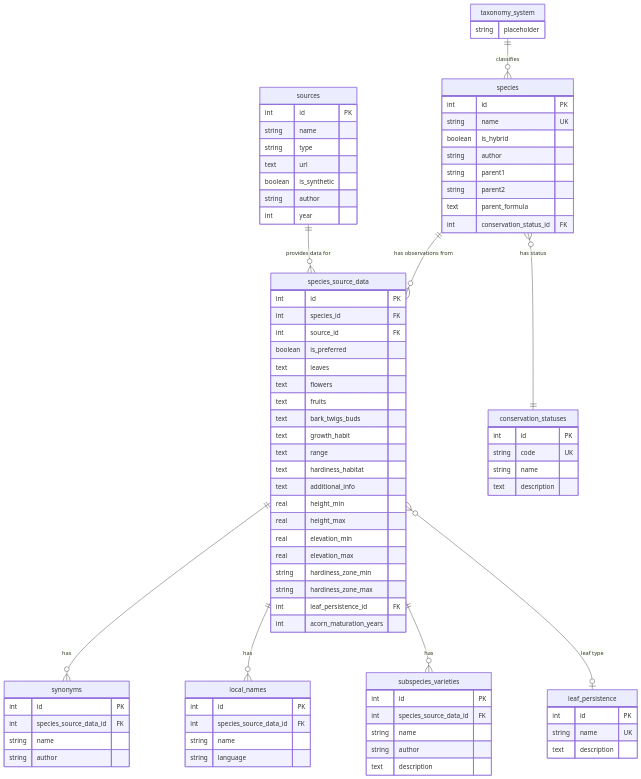
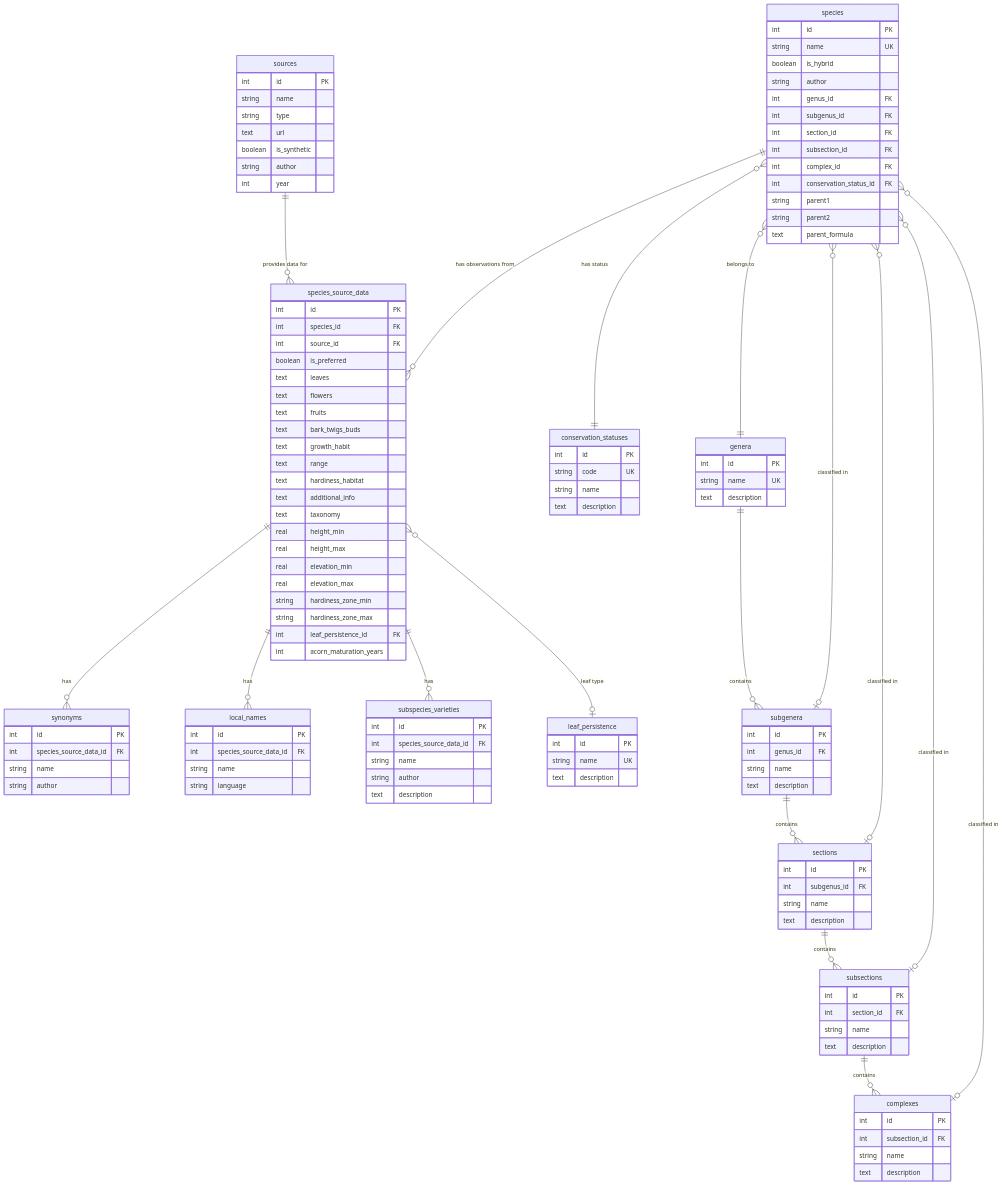
Before and after one commit to jeffdc/oaks: the diagram in schema.md, drawn with Mermaid. The commit also changed other lines of this file and 2 other files, not shown here.

Commit message:
Define taxonomy hierarchy structure
- Add taxonomy tables: genera, subgenera, sections, subsections, complexes
- Implement hierarchical structure: Genus > Subgenus > Section > Subsection > Complex
- Add taxonomy foreign keys to species table (genus required, others optional)
- Add taxonomy text field to species_source_data for source-reported taxonomy
- Update schema.md with complete Mermaid diagram showing taxonomy relationships
- Document dual taxonomy approach (curated classification + source attribution)
- Add seed data for Quercus genus

Closes oaks-o9i

````diff
--- a/schema.md
+++ b/schema.md
@@ -22,17 +22,31 @@
     species }o--|| conservation_statuses : "has status"
     species_source_data }o--o| leaf_persistence : "leaf type"
 
-    taxonomy_system ||--o{ species : "classifies"
+    genera ||--o{ subgenera : "contains"
+    subgenera ||--o{ sections : "contains"
+    sections ||--o{ subsections : "contains"
+    subsections ||--o{ complexes : "contains"
+
+    species }o--|| genera : "belongs to"
+    species }o--o| subgenera : "classified in"
+    species }o--o| sections : "classified in"
+    species }o--o| subsections : "classified in"
+    species }o--o| complexes : "classified in"
 
     species {
         int id PK
         string name UK
         boolean is_hybrid
         string author
+        int genus_id FK
+        int subgenus_id FK
+        int section_id FK
+        int subsection_id FK
+        int complex_id FK
+        int conservation_status_id FK
         string parent1
         string parent2
         text parent_formula
-        int conservation_status_id FK
     }
 
     sources {
@@ -58,6 +72,7 @@
         text range
         text hardiness_habitat
         text additional_info
+        text taxonomy
         real height_min
         real height_max
         real elevation_min
@@ -66,6 +81,40 @@
         string hardiness_zone_max
         int leaf_persistence_id FK
         int acorn_maturation_years
+    }
+
+    genera {
+        int id PK
+        string name UK
+        text description
+    }
+
+    subgenera {
+        int id PK
+        int genus_id FK
+        string name
+        text description
+    }
+
+    sections {
+        int id PK
+        int subgenus_id FK
+        string name
+        text description
+    }
+
+    subsections {
+        int id PK
+        int section_id FK
+        string name
+        text description
+    }
+
+    complexes {
+        int id PK
+        int subsection_id FK
+        string name
+        text description
     }
 
     synonyms {
@@ -102,8 +151,4 @@
         string name UK
         text description
     }
-
-    taxonomy_system {
-        string placeholder
-    }
 ```
````
